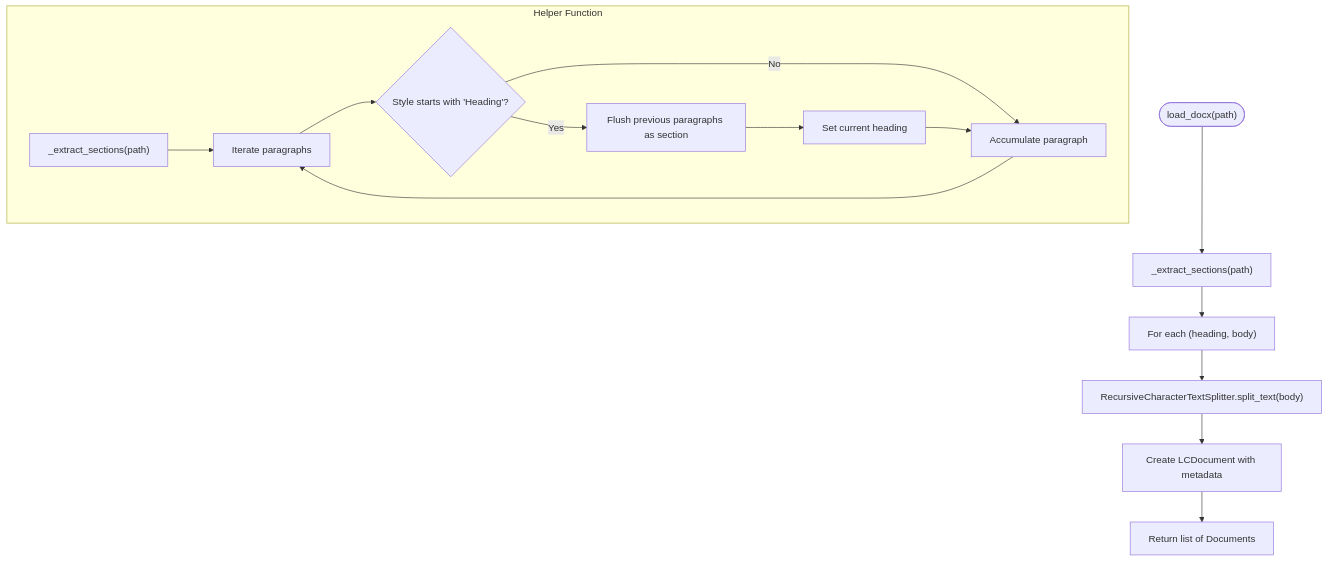
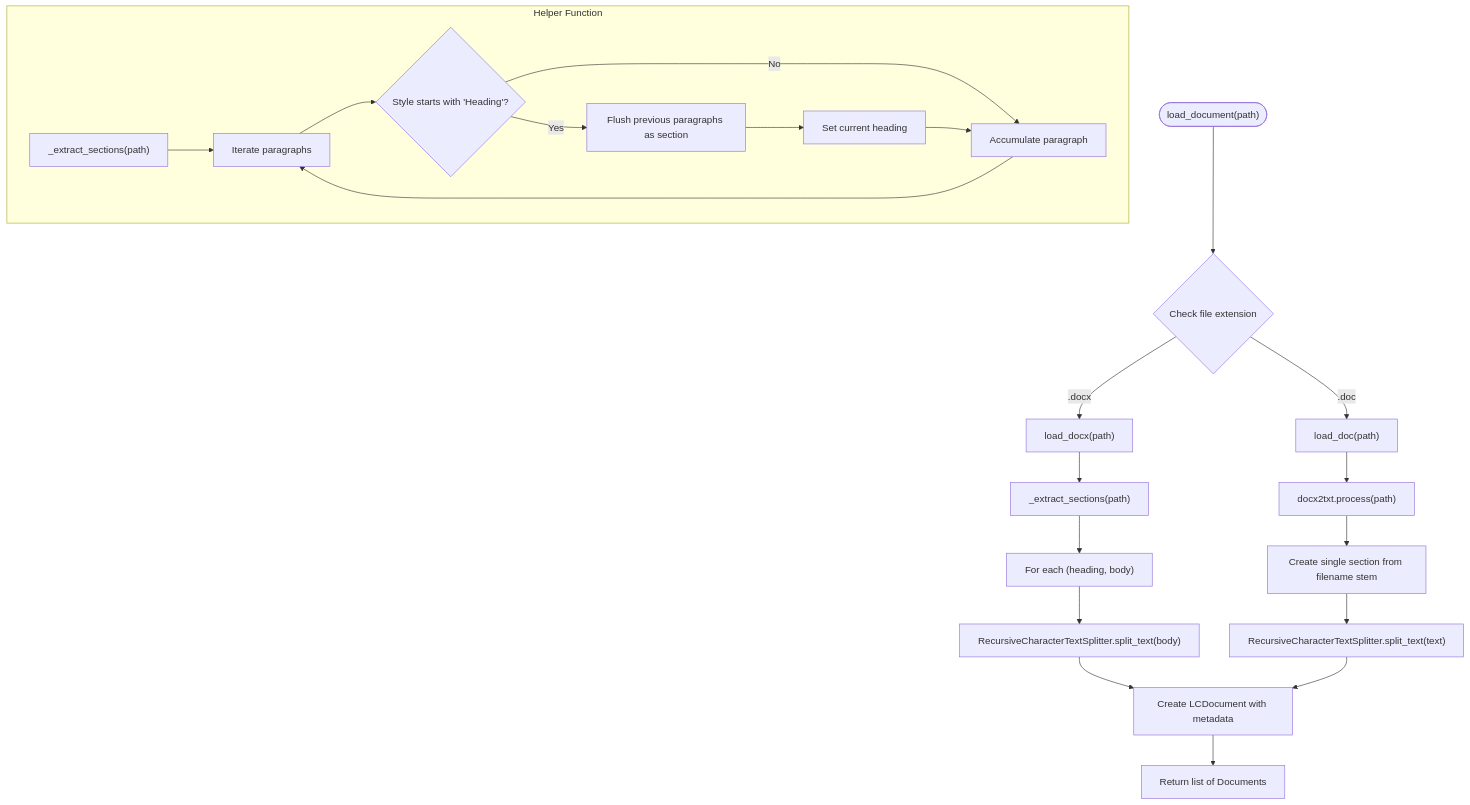
The third of 12 diagrams in .qoder/repowiki/en/content/RAG Integration/RAG Parser Enhancement.md (ognelis/cafetera_hr_bot), drawn with Mermaid before and after one commit. The commit also changed other lines of this file and 11 other files, not shown here.

````diff
--- a/.qoder/repowiki/en/content/RAG Integration/RAG Parser Enhancement.md
+++ b/.qoder/repowiki/en/content/RAG Integration/RAG Parser Enhancement.md
@@ -189,18 +203,25 @@
 ```mermaid
 flowchart TD
-Start(["load_docx(path)"]) --> Extract["_extract_sections(path)"]
+Start(["load_document(path)"]) --> CheckExt{"Check file extension"}
+CheckExt --> |".docx"| LoadDocx["load_docx(path)"]
+CheckExt --> |".doc"| LoadDoc["load_doc(path)"]
+LoadDocx --> Extract["_extract_sections(path)"]
+LoadDoc --> ProcessLegacy["docx2txt.process(path)"]
 Extract --> ForEach["For each (heading, body)"]
+ProcessLegacy --> CreateSection["Create single section from filename stem"]
 ForEach --> Split["RecursiveCharacterTextSplitter.split_text(body)"]
+CreateSection --> SplitLegacy["RecursiveCharacterTextSplitter.split_text(text)"]
 Split --> Append["Create LCDocument with metadata"]
+SplitLegacy --> Append
 Append --> Return["Return list of Documents"]
 subgraph "Helper Function"
 ExtractSections["_extract_sections(path)"]
 ExtractSections --> Iterate["Iterate paragraphs"]
 Iterate --> IsHeading{"Style starts with 'Heading'?"}
 IsHeading --> |Yes| Flush["Flush previous paragraphs as section"]
 IsHeading --> |No| Accumulate["Accumulate paragraph"]
 Flush --> SetHeading["Set current heading"]
 SetHeading --> Accumulate
 Accumulate --> Iterate
 end
 ```
````
